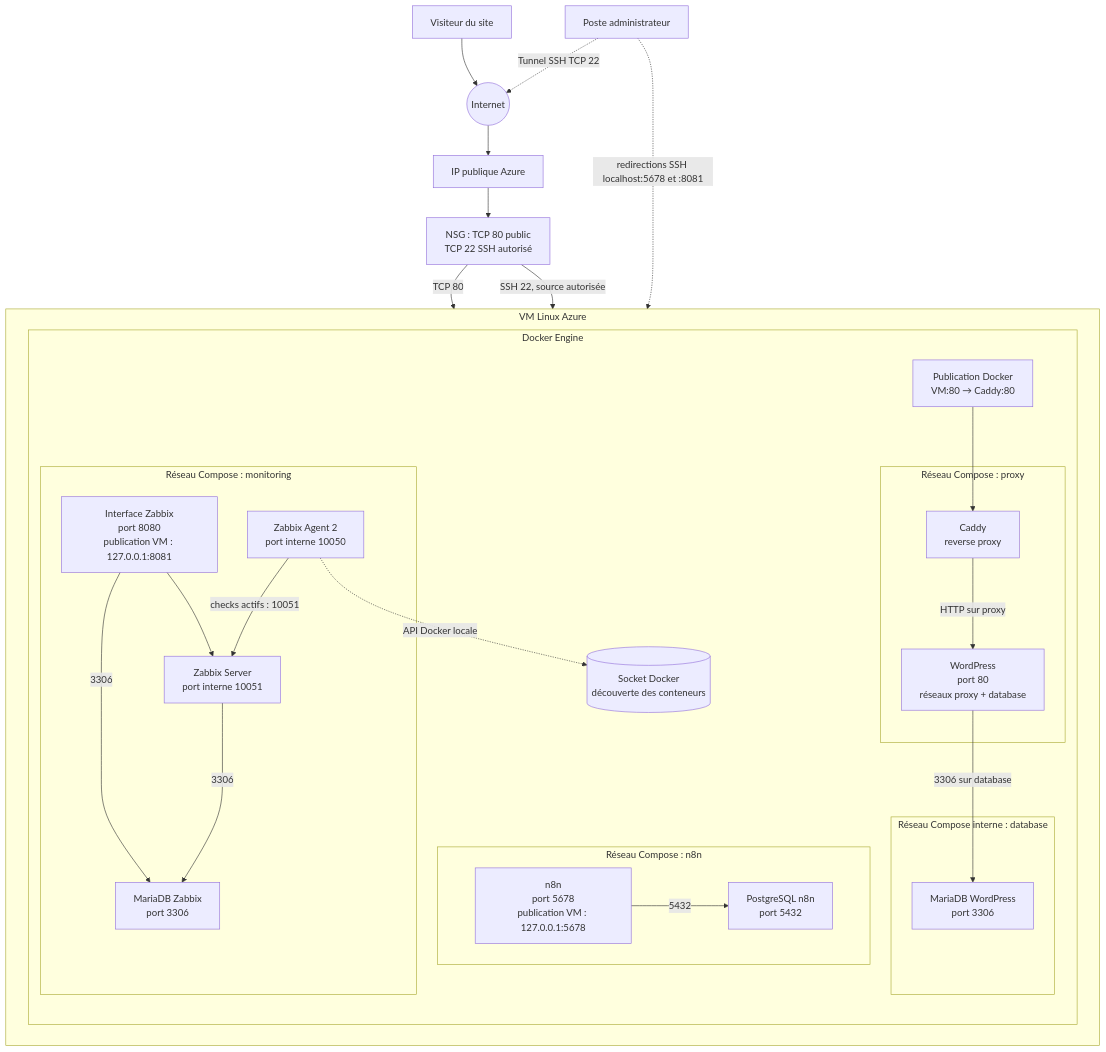
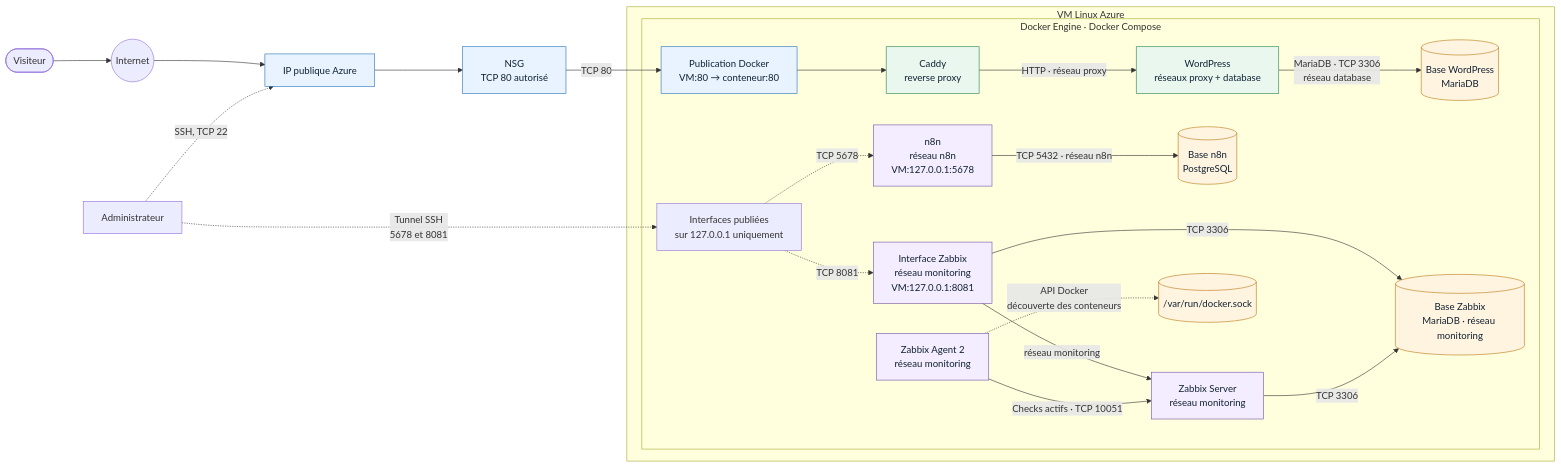
Before and after one commit to Sam-Radji/Groupe1: the diagram in README.md, drawn with Mermaid.

Commit message:
Improve README architecture diagram

````diff
--- a/README.md
+++ b/README.md
@@ -18,54 +18,43 @@
 ```mermaid
-flowchart TB
-    Internet((Internet))
-    Visitor[Visiteur du site]
-    Admin[Poste administrateur]
-    PublicIP[IP publique Azure]
-    NSG[NSG : TCP 80 public<br/>TCP 22 SSH autorisé]
+flowchart LR
+    Visitor([Visiteur]) --> Internet((Internet))
+    Internet --> PublicIP[IP publique Azure]
+    PublicIP --> NSG["NSG<br/>TCP 80 autorisé"]
+    NSG -->|"TCP 80"| HostPort["Publication Docker<br/>VM:80 → conteneur:80"]
 
-    Visitor --> Internet --> PublicIP
-    Admin -. "Tunnel SSH TCP 22" .-> Internet
-    PublicIP --> NSG
-    NSG -->|"TCP 80"| VM
-    NSG -->|"SSH 22, source autorisée"| VM
-    Admin -. "redirections SSH localhost:5678 et :8081" .-> VM
+    Admin["Administrateur"] -. "SSH, TCP 22" .-> PublicIP
+    Admin -. "Tunnel SSH<br/>5678 et 8081" .-> Loopback
 
     subgraph VM["VM Linux Azure"]
-        subgraph Docker["Docker Engine"]
-            PublishedHTTP["Publication Docker<br/>VM:80 → Caddy:80"]
+        subgraph Engine["Docker Engine · Docker Compose"]
+            HostPort --> Caddy["Caddy<br/>reverse proxy"]
+            Caddy -->|"HTTP · réseau proxy"| WordPress["WordPress<br/>réseaux proxy + database"]
+            WordPress -->|"MariaDB · TCP 3306<br/>réseau database"| WPDB[("Base WordPress<br/>MariaDB")]
 
-            subgraph proxy_net["Réseau Compose : proxy"]
-                Caddy["Caddy<br/>reverse proxy"]
-                WordPress["WordPress<br/>port 80<br/>réseaux proxy + database"]
-            end
+            N8N["n8n<br/>réseau n8n<br/>VM:127.0.0.1:5678"]
+            N8N -->|"TCP 5432 · réseau n8n"| N8NDB[("Base n8n<br/>PostgreSQL")]
 
-            subgraph wp_db_net["Réseau Compose interne : database"]
-                WPDB["MariaDB WordPress<br/>port 3306"]
-            end
+            ZabbixWeb["Interface Zabbix<br/>réseau monitoring<br/>VM:127.0.0.1:8081"]
+            ZabbixWeb -->|"réseau monitoring"| ZabbixServer["Zabbix Server<br/>réseau monitoring"]
+            ZabbixWeb -->|"TCP 3306"| ZabbixDB[("Base Zabbix<br/>MariaDB · réseau monitoring")]
+            ZabbixServer -->|"TCP 3306"| ZabbixDB
+            ZabbixAgent["Zabbix Agent 2<br/>réseau monitoring"]
+            ZabbixAgent -->|"Checks actifs · TCP 10051"| ZabbixServer
 
-            subgraph n8n_net["Réseau Compose : n8n"]
-                N8N["n8n<br/>port 5678<br/>publication VM : 127.0.0.1:5678"]
-                N8NDB["PostgreSQL n8n<br/>port 5432"]
-            end
-
-            subgraph monitoring_net["Réseau Compose : monitoring"]
-                ZabbixWeb["Interface Zabbix<br/>port 8080<br/>publication VM : 127.0.0.1:8081"]
-                ZabbixServer["Zabbix Server<br/>port interne 10051"]
-                ZabbixDB["MariaDB Zabbix<br/>port 3306"]
-                ZabbixAgent["Zabbix Agent 2<br/>port interne 10050"]
-            end
-
-            DockerSocket[(Socket Docker<br/>découverte des conteneurs)]
+            DockerSocket[("/var/run/docker.sock")]
+            ZabbixAgent -. "API Docker<br/>découverte des conteneurs" .-> DockerSocket
+            Loopback["Interfaces publiées<br/>sur 127.0.0.1 uniquement"]
+            Loopback -. "TCP 5678" .-> N8N
+            Loopback -. "TCP 8081" .-> ZabbixWeb
         end
     end
 
-    PublishedHTTP --> Caddy
-    Caddy -->|"HTTP sur proxy"| WordPress
-    WordPress -->|"3306 sur database"| WPDB
-    N8N -->|"5432"| N8NDB
-    ZabbixWeb --> ZabbixServer
-    ZabbixWeb -->|"3306"| ZabbixDB
-    ZabbixServer -->|"3306"| ZabbixDB
-    ZabbixAgent -->|"checks actifs : 10051"| ZabbixServer
-    ZabbixAgent -. "API Docker locale" .-> DockerSocket
+    classDef public fill:#e8f3ff,stroke:#2673b8,color:#123;
+    classDef proxy fill:#e9f7ef,stroke:#27864a,color:#123;
+    classDef private fill:#f3edff,stroke:#7353a6,color:#123;
+    classDef database fill:#fff4df,stroke:#b87918,color:#123;
+    class PublicIP,NSG,HostPort public;
+    class Caddy,WordPress proxy;
+    class N8N,ZabbixWeb,ZabbixServer,ZabbixAgent private;
+    class WPDB,N8NDB,ZabbixDB,DockerSocket database;
 ```
````
